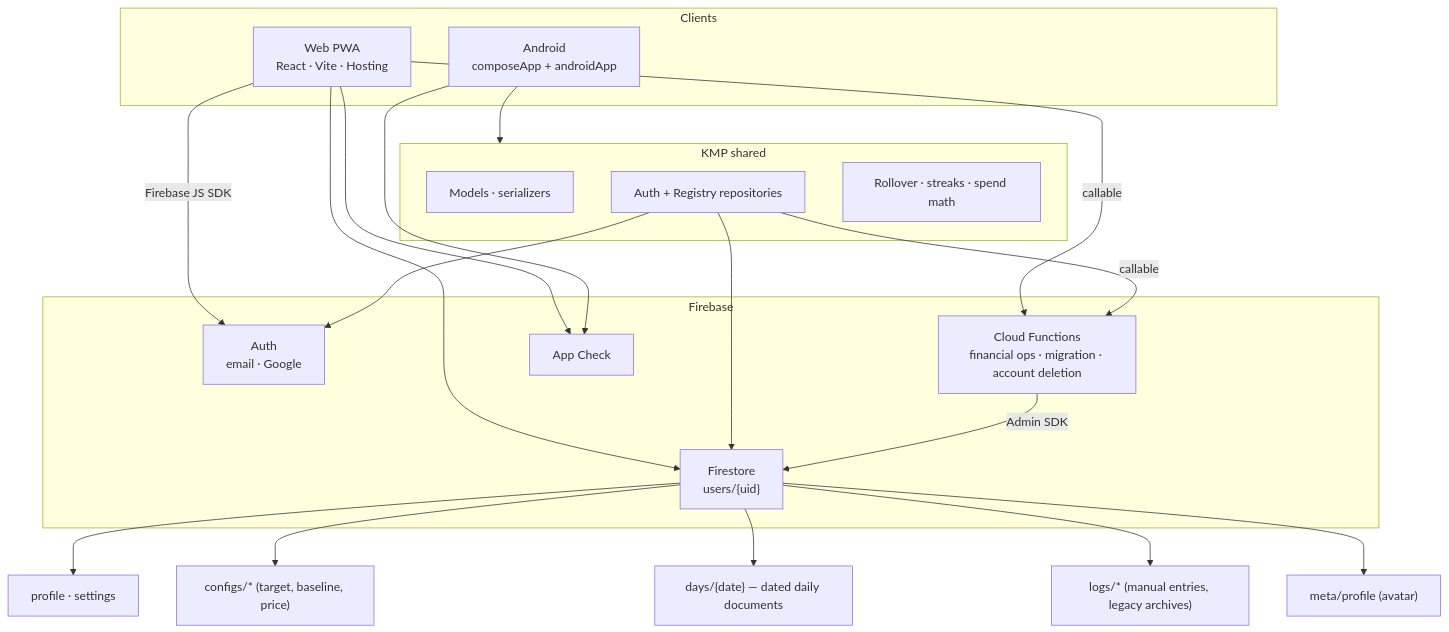
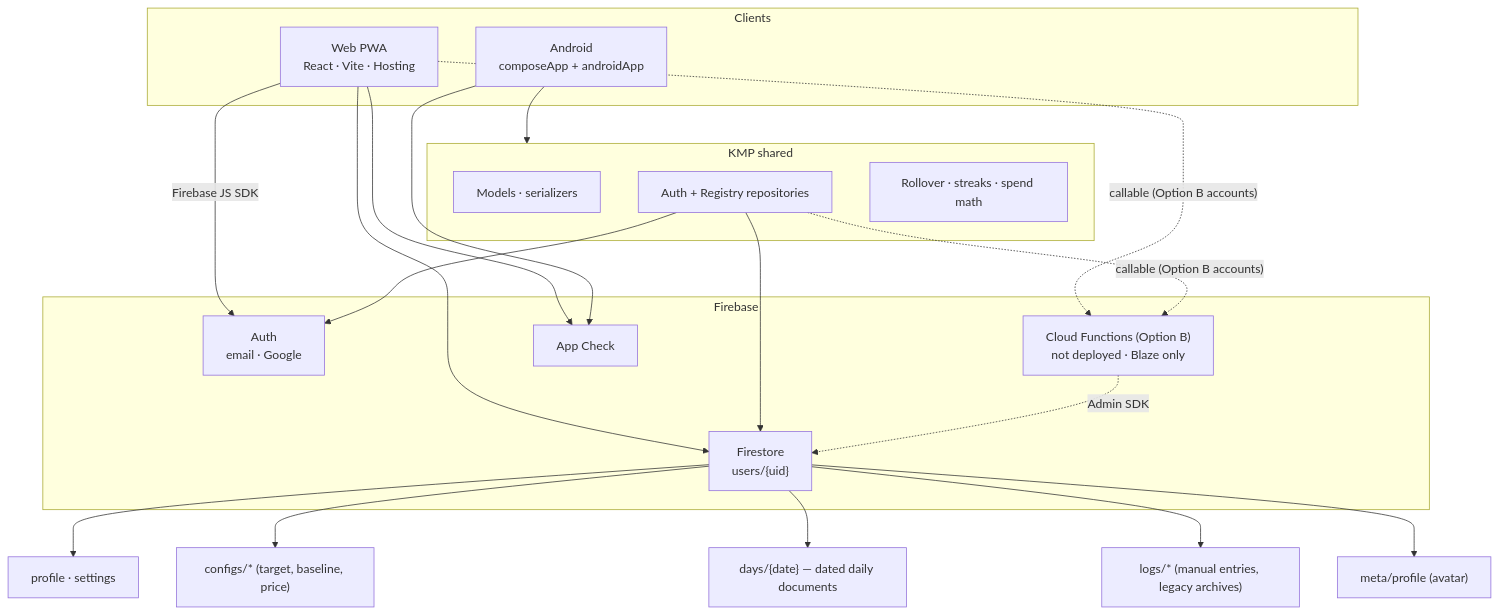
One commit to shareef01/tabakpp changed the first of 2 diagrams in README.md. Above: the diagram before and after it, drawn with Mermaid. The commit also changed other lines of this file and 7 other files, not shown here.

````diff
--- a/README.md
+++ b/README.md
@@ -107,37 +109,37 @@
 ```mermaid
 flowchart TB
   subgraph clients [Clients]
     Android["Android<br/>composeApp + androidApp"]
     Web["Web PWA<br/>React · Vite · Hosting"]
   end
 
   subgraph kmp [KMP shared]
     Models["Models · serializers"]
     Repos["Auth + Registry repositories"]
     Domain["Rollover · streaks · spend math"]
   end
 
   subgraph firebase [Firebase]
     Auth["Auth<br/>email · Google"]
     FS["Firestore<br/>users/{uid}"]
-    CF["Cloud Functions<br/>financial ops · migration · account deletion"]
+    CF["Cloud Functions (Option B)<br/>not deployed · Blaze only"]
     AC["App Check"]
   end
 
   Android --> kmp
   Web -->|"Firebase JS SDK"| Auth
   Web --> FS
   Web --> AC
   Repos --> Auth
   Repos --> FS
   Android --> AC
-  Web -->|"callable"| CF
-  Repos -->|"callable"| CF
-  CF -->|"Admin SDK"| FS
+  Web -. "callable (Option B accounts)" .-> CF
+  Repos -. "callable (Option B accounts)" .-> CF
+  CF -. "Admin SDK" .-> FS
 
   FS --> Profile["profile · settings"]
   FS --> Configs["configs/* (target, baseline, price)"]
   FS --> Days["days/{date} — dated daily documents"]
   FS --> Logs["logs/* (manual entries, legacy archives)"]
   FS --> Meta["meta/profile (avatar)"]
 ```
````
